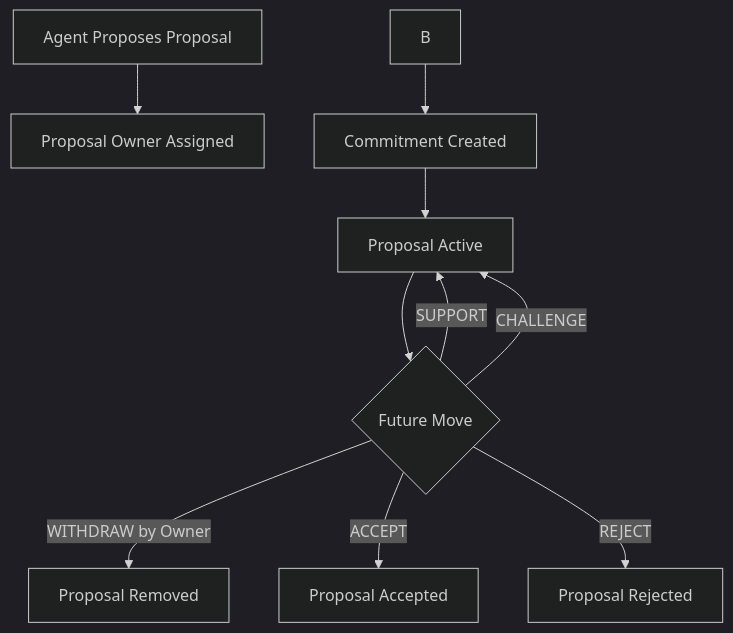
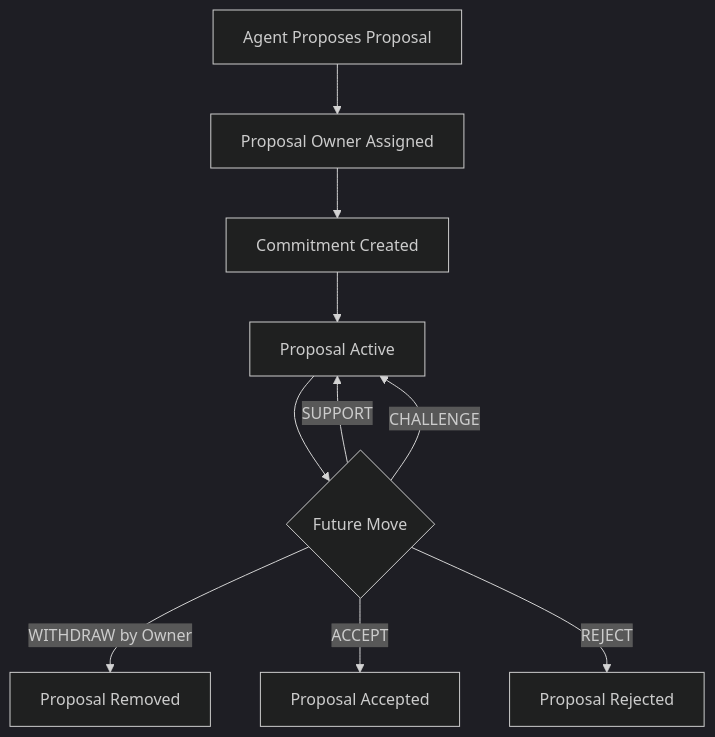
The diagram in docs/proposal-ownership-workflow.md (ewanblake/deliberation-games), drawn with Mermaid (dark theme) before and after one commit.

Commit message:
Fixing Proposal Ownership Workflow - typo

````diff
--- a/docs/proposal-ownership-workflow.md
+++ b/docs/proposal-ownership-workflow.md
@@ -1,23 +1,23 @@
 ```mermaid
 flowchart TD
 
 A[Agent Proposes Proposal]
 
-A --> M[Proposal Owner Assigned]
+A --> B[Proposal Owner Assigned]
 
 B --> C[Commitment Created]
 
 C --> D[Proposal Active]
 
 D --> E{Future Move}
 
 E --> |SUPPORT| D
 
 E --> |CHALLENGE| D
 
 E --> |WITHDRAW by Owner| F[Proposal Removed]
 
 E --> |ACCEPT| G[Proposal Accepted]
 
 E --> |REJECT| H[Proposal Rejected]
 ```
````
